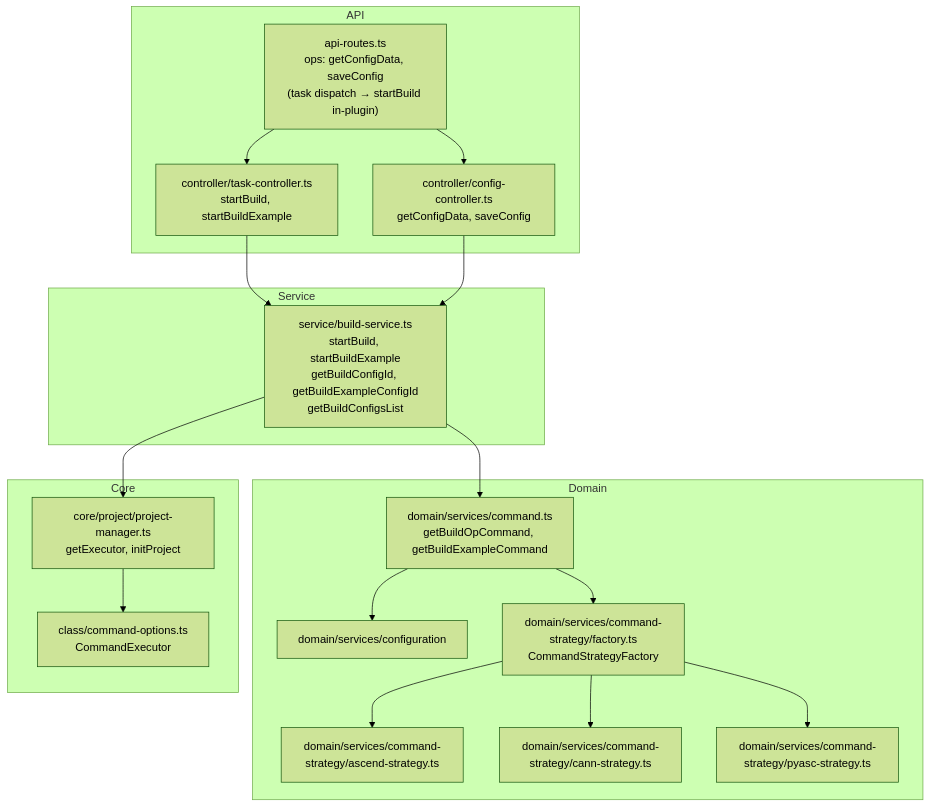
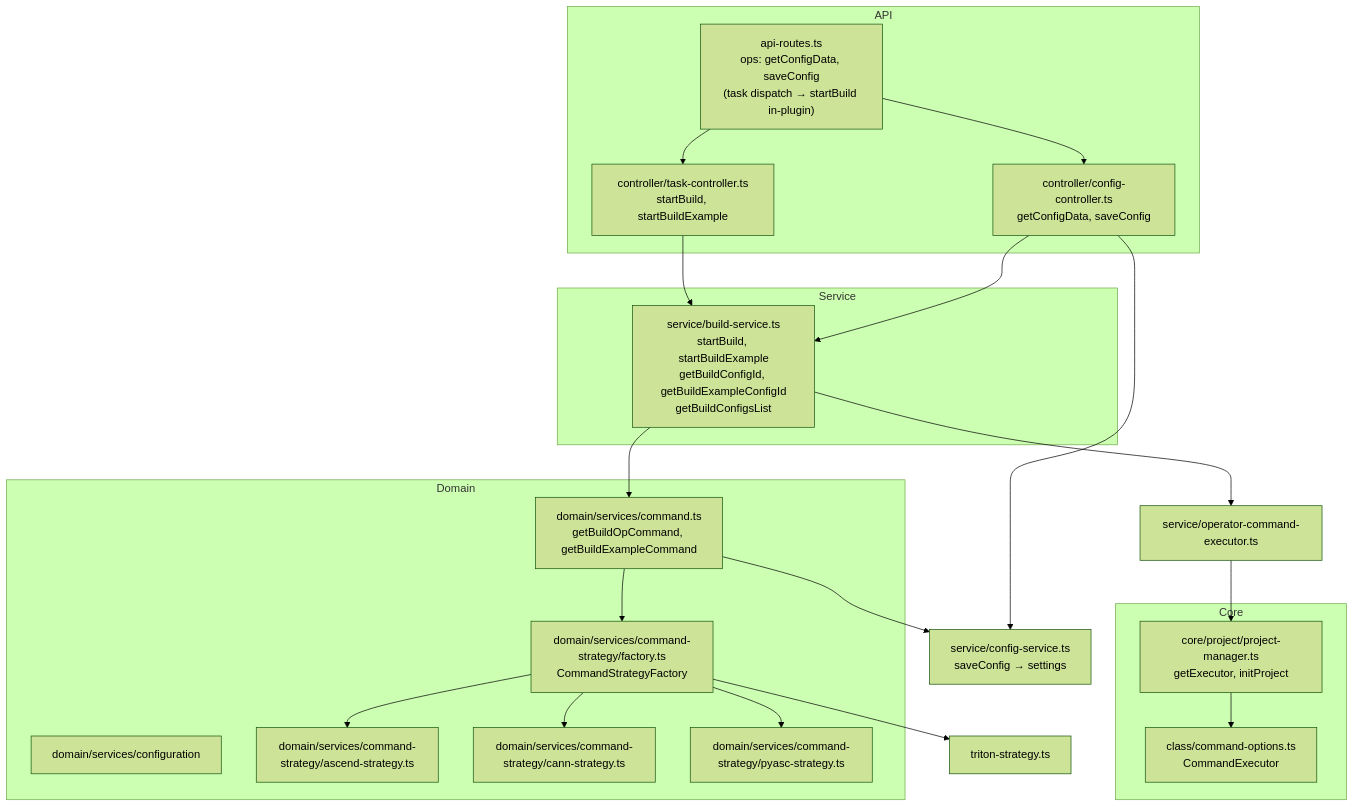
Before and after one commit to IdeFrontend/opdev_plugin: the fifth of 5 diagrams in docs/build-integration.md, drawn with Mermaid (forest theme). The commit also changed other lines of this file and 35 other files, not shown here.

````diff
--- a/docs/build-integration.md
+++ b/docs/build-integration.md
@@ -243,39 +261,42 @@
 ```mermaid
 flowchart TB
   subgraph API["API"]
     Routes["api-routes.ts\nops: getConfigData, saveConfig\n(task dispatch → startBuild in-plugin)"]
     TaskCtrl["controller/task-controller.ts\nstartBuild, startBuildExample"]
     ConfigCtrl["controller/config-controller.ts\ngetConfigData, saveConfig"]
   end
 
   subgraph Service["Service"]
     BuildSvc["service/build-service.ts\nstartBuild, startBuildExample\ngetBuildConfigId, getBuildExampleConfigId\ngetBuildConfigsList"]
   end
 
   subgraph Domain["Domain"]
     Cmd["domain/services/command.ts\ngetBuildOpCommand, getBuildExampleCommand"]
     ConfigSvc["domain/services/configuration"]
     Factory["domain/services/command-strategy/factory.ts\nCommandStrategyFactory"]
     Ascend["domain/services/command-strategy/ascend-strategy.ts"]
     Cann["domain/services/command-strategy/cann-strategy.ts"]
     PyAsc["domain/services/command-strategy/pyasc-strategy.ts"]
   end
 
   subgraph Core["Core"]
     PM["core/project/project-manager.ts\ngetExecutor, initProject"]
     CmdExec["class/command-options.ts\nCommandExecutor"]
   end
 
   Routes --> TaskCtrl
   Routes --> ConfigCtrl
   TaskCtrl --> BuildSvc
   ConfigCtrl --> BuildSvc
+  ConfigCtrl --> ConfigSvc2["service/config-service.ts\nsaveConfig → settings"]
   BuildSvc --> Cmd
-  BuildSvc --> PM
-  Cmd --> ConfigSvc
+  BuildSvc --> ExecOp["service/operator-command-executor.ts"]
+  Cmd --> ConfigSvc2
   Cmd --> Factory
   Factory --> Ascend
   Factory --> Cann
   Factory --> PyAsc
+  Factory --> Triton["triton-strategy.ts"]
+  ExecOp --> PM
   PM --> CmdExec
 ```
````
